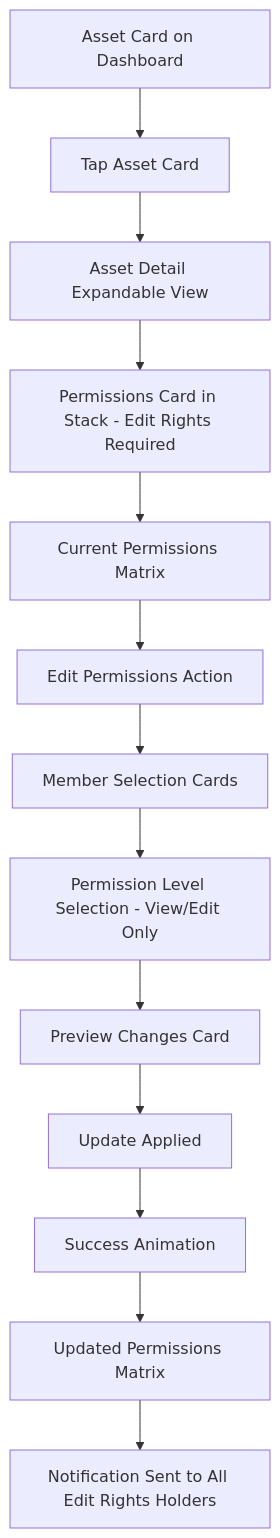
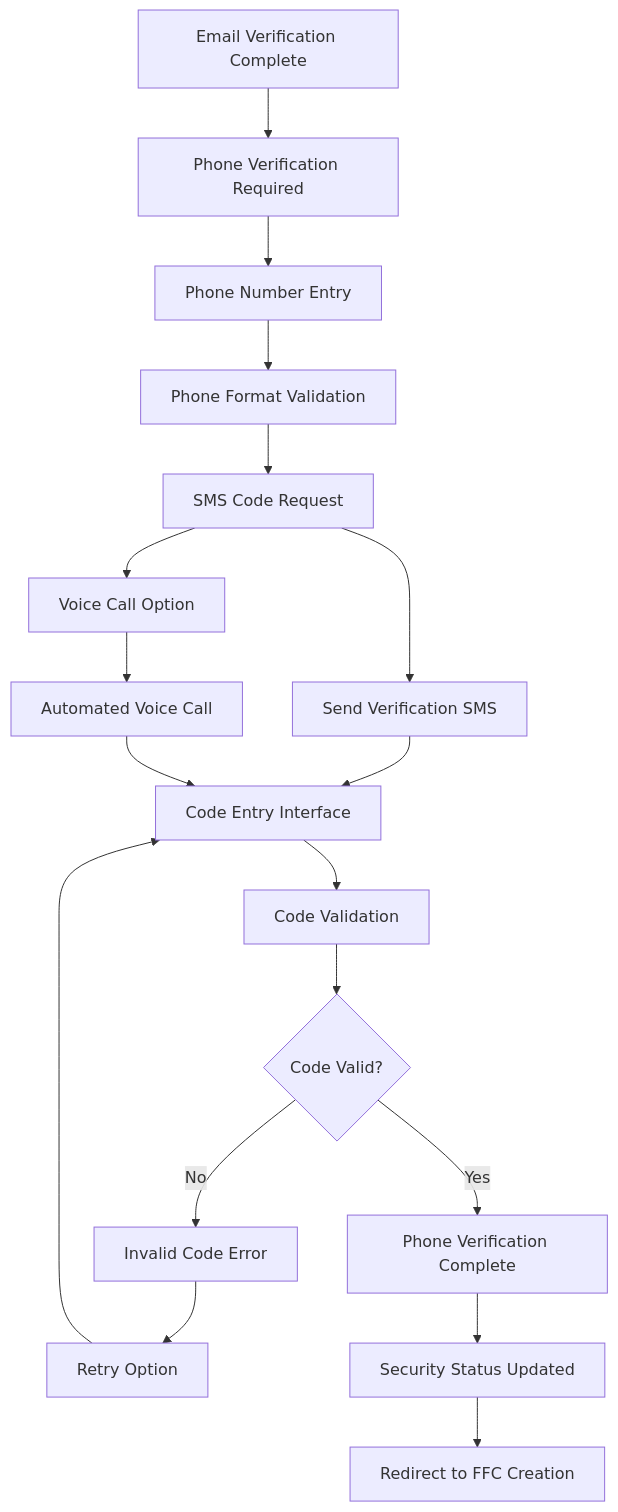
Before and after one commit to thseitz/FWD-INH: the seventh of 15 diagrams in docs/front-end-spec.md, drawn with Mermaid. The commit also changed other lines of this file and 19 other files, not shown here.

First line of the commit message:
feat: comprehensive HEI integration and Builder.io CMS architecture

````diff
--- a/docs/front-end-spec.md
+++ b/docs/front-end-spec.md
@@ -245,15 +618,24 @@
 ```mermaid
 graph TD
-    A[Asset Card on Dashboard] --> B[Tap Asset Card]
-    B --> C[Asset Detail Expandable View]
-    C --> D[Permissions Card in Stack - Edit Rights Required]
-    D --> E[Current Permissions Matrix]
-    E --> F[Edit Permissions Action]
-    F --> G[Member Selection Cards]
-    G --> H[Permission Level Selection - View/Edit Only]
-    H --> I[Preview Changes Card]
-    I --> J[Update Applied]
-    J --> K[Success Animation]
-    K --> L[Updated Permissions Matrix]
-    L --> M[Notification Sent to All Edit Rights Holders]
+    A[Email Verification Complete] --> B[Phone Verification Required]
+    B --> C[Phone Number Entry]
+    C --> D[Phone Format Validation]
+    D --> E[SMS Code Request]
+    E --> F[Send Verification SMS]
+    F --> G[Code Entry Interface]
+    G --> H[Code Validation]
+    H --> I{Code Valid?}
+    
+    I -->|No| J[Invalid Code Error]
+    J --> K[Retry Option]
+    K --> G
+    
+    I -->|Yes| L[Phone Verification Complete]
+    L --> M[Security Status Updated]
+    M --> N[Redirect to FFC Creation]
+    
+    %% Alternative Methods
+    E --> O[Voice Call Option]
+    O --> P[Automated Voice Call]
+    P --> G
 ```
````
